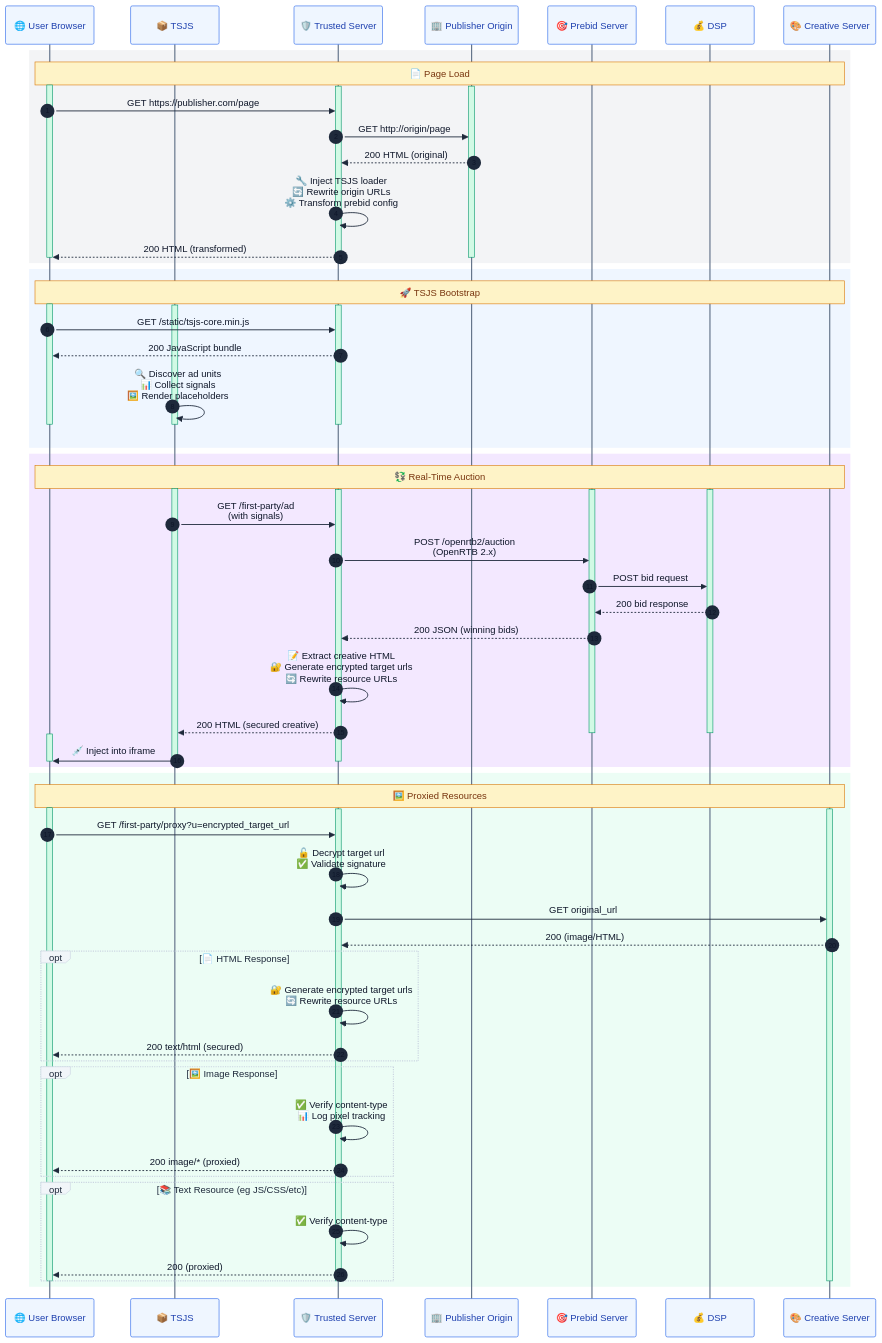
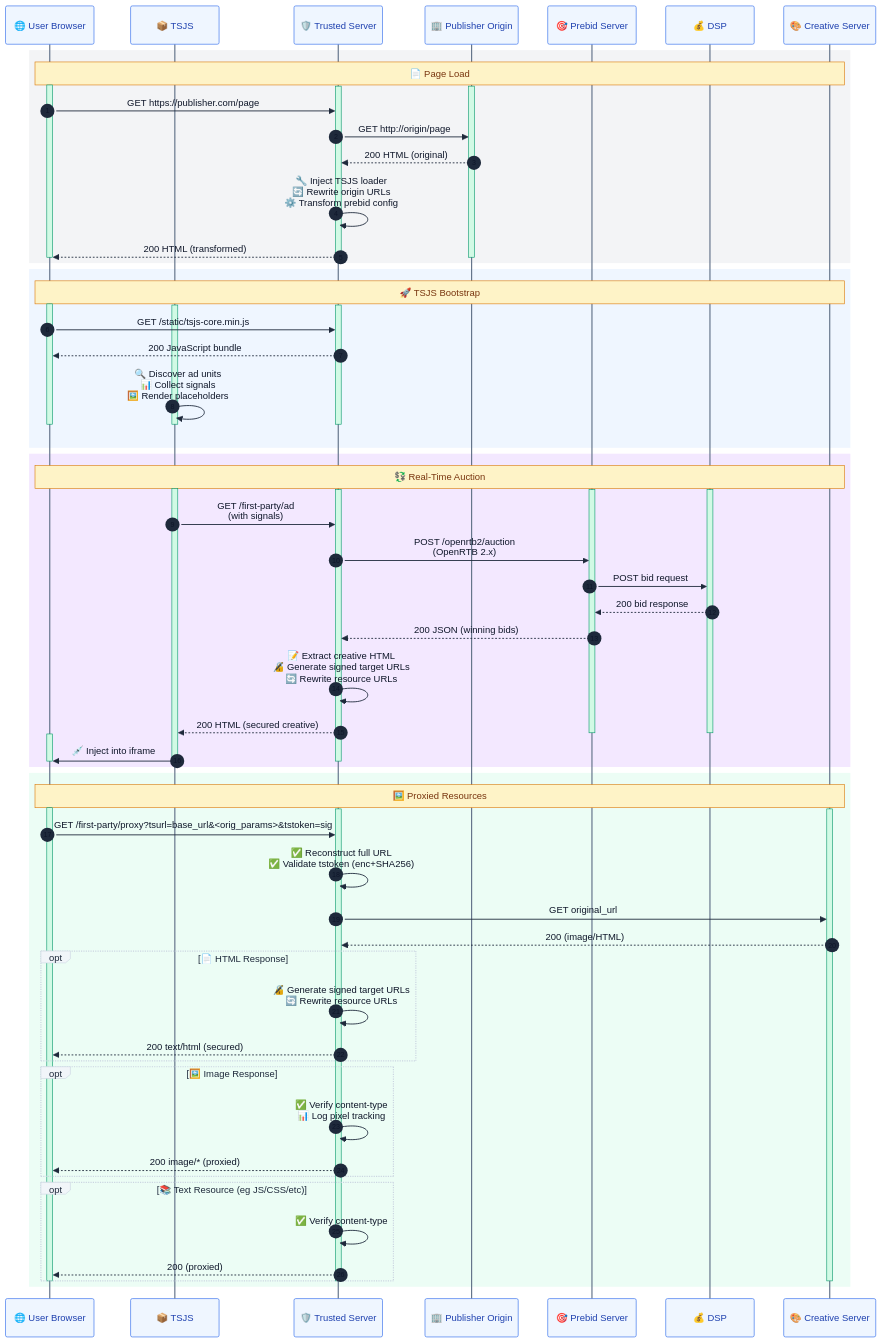
One commit to IABTechLab/trusted-server changed the diagram in SEQUENCE.md. Above: the diagram before and after it, drawn with Mermaid. The commit also changed other lines of this file and 38 other files, not shown here.

```diff
--- a/SEQUENCE.md
+++ b/SEQUENCE.md
@@ -85,7 +85,7 @@
     PBS->>DSP: POST bid request
     DSP-->>PBS: 200 bid response
     PBS-->>TS: 200 JSON (winning bids)
-    TS->>TS: 📝 Extract creative HTML<br/>🔐 Generate encrypted target urls<br/>🔄 Rewrite resource URLs
+    TS->>TS: 📝 Extract creative HTML<br/>🔏 Generate signed target URLs<br/>🔄 Rewrite resource URLs
     TS-->>JS: 200 HTML (secured creative)
     deactivate PBS
     deactivate DSP
@@ -102,13 +102,13 @@
     activate U
     activate TS
     activate CS
-    U->>TS: GET /first-party/proxy?u=encrypted_target_url
-    TS->>TS: 🔓 Decrypt target url<br/>✅ Validate signature
+    U->>TS: GET /first-party/proxy?tsurl=base_url&<orig_params>&tstoken=sig
+    TS->>TS: ✅ Reconstruct full URL<br/>✅ Validate tstoken (enc+SHA256)
     TS->>CS: GET original_url
     CS-->>TS: 200 (image/HTML)
     
     opt 📄 HTML Response
-      TS->>TS: 🔐 Generate encrypted target urls<br/>🔄 Rewrite resource URLs
+      TS->>TS: 🔏 Generate signed target URLs<br/>🔄 Rewrite resource URLs
       TS-->>U: 200 text/html (secured)
     end
     
```
